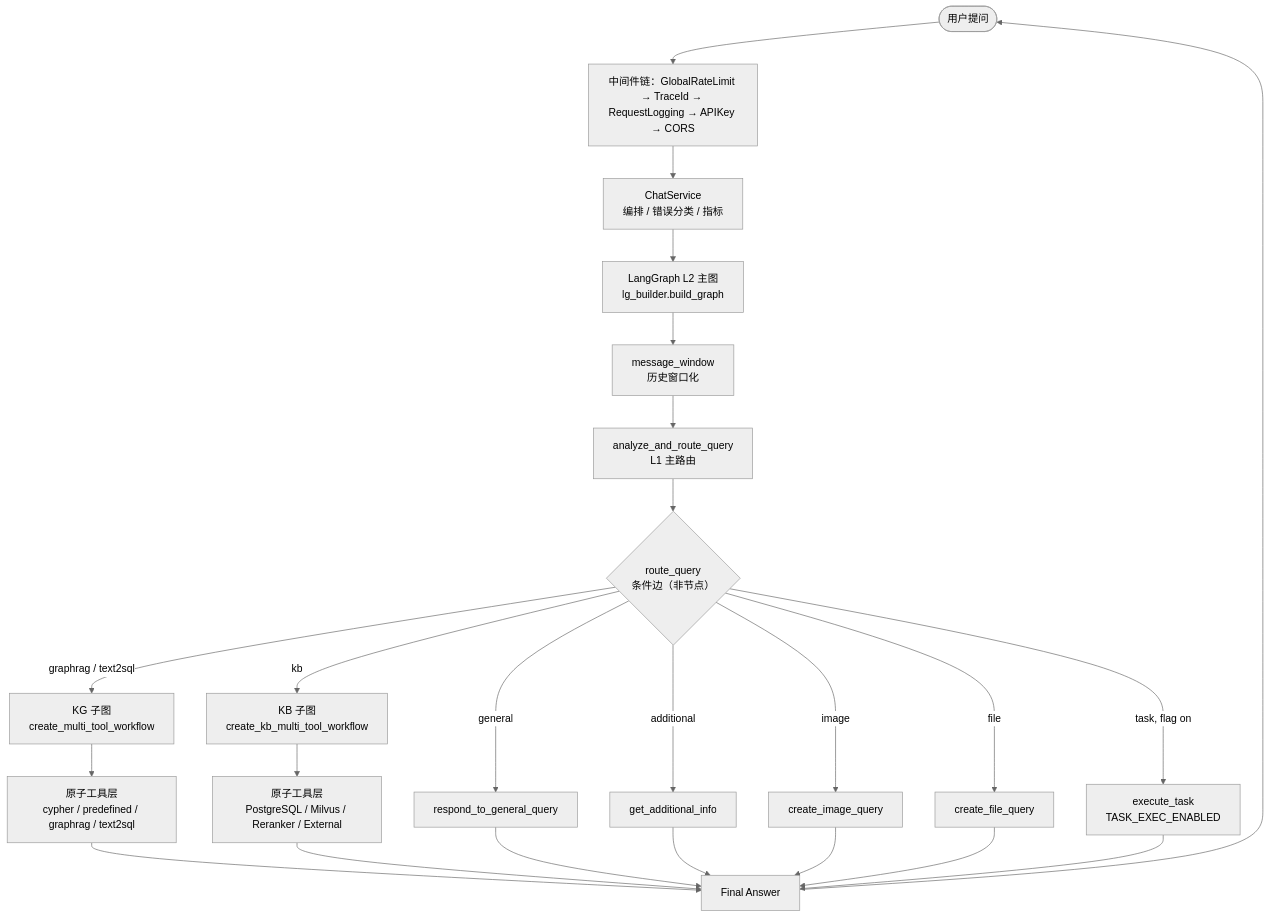
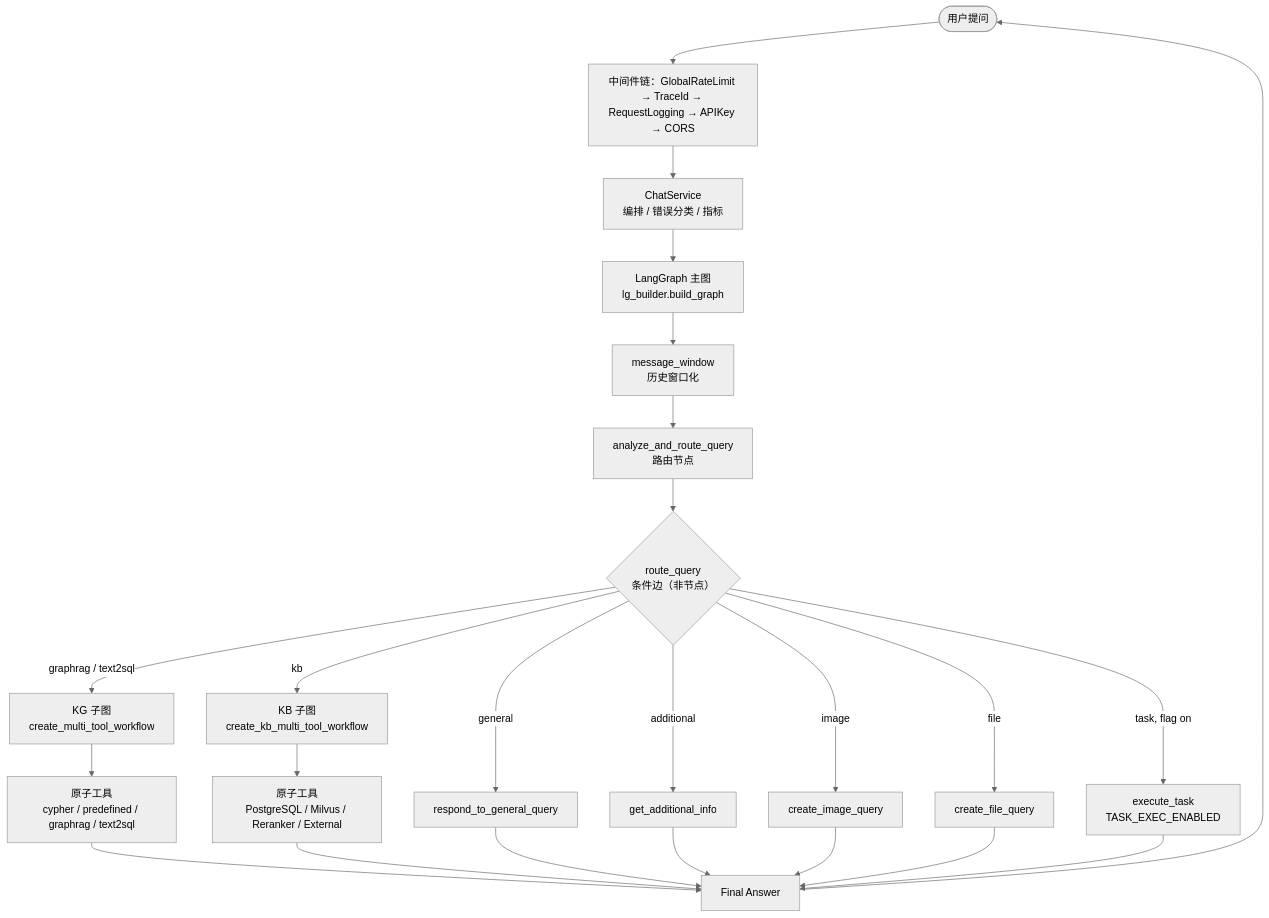
The diagram in docs/architecture/README.md (Jia-Yihao/My-Agentix), drawn with Mermaid (neutral theme) before and after one commit. The commit also changed other lines of this file and 34 other files, not shown here.

First line of the commit message:
docs: 统一单层主图与评测集换代口径，重生成架构图

````diff
--- a/docs/architecture/README.md
+++ b/docs/architecture/README.md
@@ -48,30 +48,30 @@
 ```mermaid
 graph TD
     U([用户提问]) --> MW[中间件链：GlobalRateLimit → TraceId → RequestLogging → APIKey → CORS]
     MW --> CS[ChatService<br/>编排 / 错误分类 / 指标]
-    CS --> G[LangGraph L2 主图<br/>lg_builder.build_graph]
+    CS --> G[LangGraph 主图<br/>lg_builder.build_graph]
 
     G --> W[message_window<br/>历史窗口化]
-    W --> R[analyze_and_route_query<br/>L1 主路由]
+    W --> R[analyze_and_route_query<br/>路由节点]
     R --> RQ{route_query<br/>条件边（非节点）}
 
     RQ -->|general| GEN[respond_to_general_query]
     RQ -->|additional| ADD[get_additional_info]
     RQ -->|graphrag / text2sql| KGS[KG 子图<br/>create_multi_tool_workflow]
     RQ -->|kb| KBS[KB 子图<br/>create_kb_multi_tool_workflow]
     RQ -->|image| IMG[create_image_query]
     RQ -->|file| FILE[create_file_query]
     RQ -->|task, flag on| TASK[execute_task<br/>TASK_EXEC_ENABLED]
 
-    KGS --> KGT[原子工具层<br/>cypher / predefined / graphrag / text2sql]
-    KBS --> KBT[原子工具层<br/>PostgreSQL / Milvus / Reranker / External]
+    KGS --> KGT[原子工具<br/>cypher / predefined / graphrag / text2sql]
+    KBS --> KBT[原子工具<br/>PostgreSQL / Milvus / Reranker / External]
 
     KGT --> OUT[Final Answer]
     KBT --> OUT
     GEN --> OUT
     ADD --> OUT
     IMG --> OUT
     FILE --> OUT
     TASK --> OUT
     OUT --> U
 ```
````
